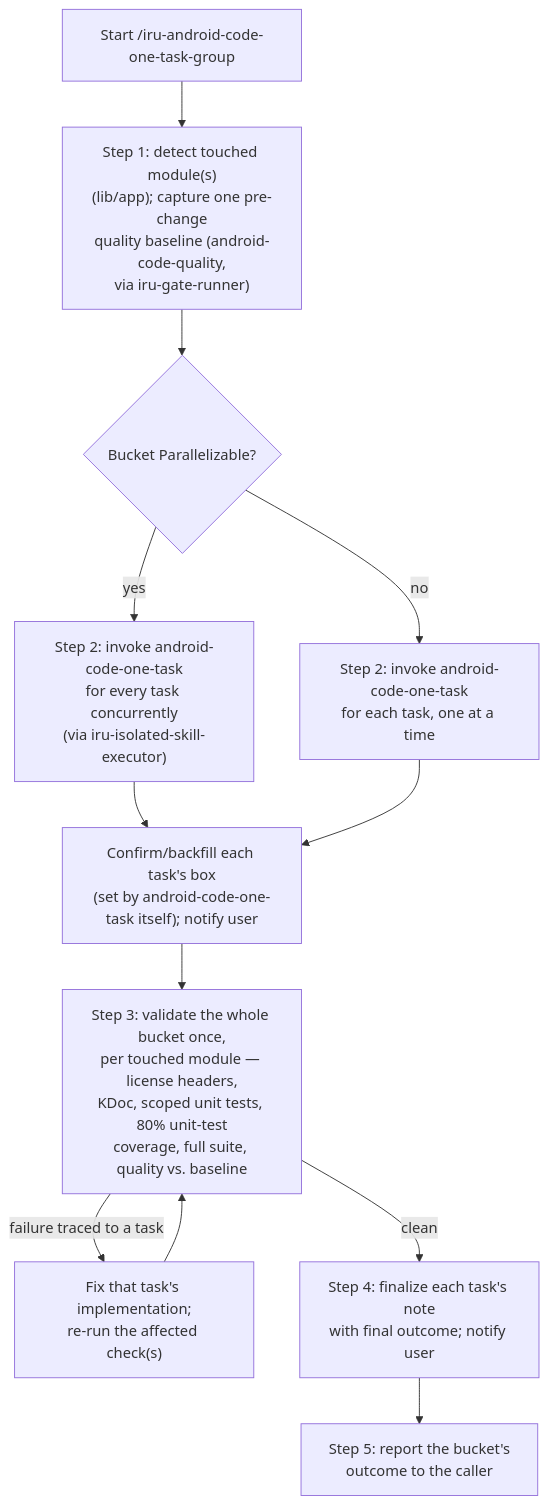
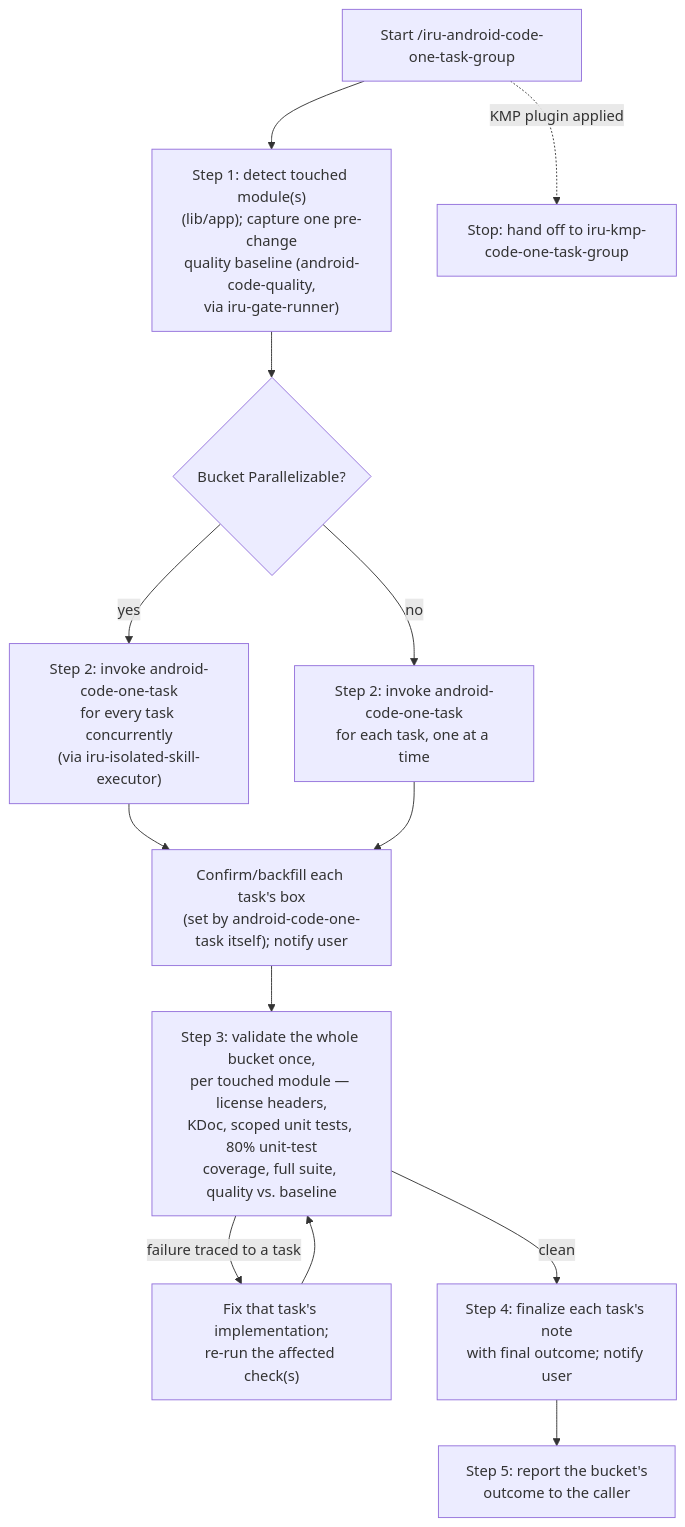
Before and after one commit to albertoirurueta/ai-catalog: the diagram in docs/modules/ROOT/pages/skills/iru-android-code-one-task-group.adoc, drawn with Mermaid. The commit also changed other lines of this file and 138 other files, not shown here.

```diff
--- a/docs/modules/ROOT/pages/skills/iru-android-code-one-task-group.adoc
+++ b/docs/modules/ROOT/pages/skills/iru-android-code-one-task-group.adoc
@@ -76,15 +78,16 @@
 [mermaid]
 ....
 flowchart TD
     A[Start /iru-android-code-one-task-group] --> B["Step 1: detect touched module(s)\n(lib/app); capture one pre-change\nquality baseline (android-code-quality,\nvia iru-gate-runner)"]
+    A -. "KMP plugin applied" .-> KMP["Stop: hand off to iru-kmp-code-one-task-group"]
     B --> C{Bucket Parallelizable?}
     C -- yes --> D["Step 2: invoke android-code-one-task\nfor every task concurrently\n(via iru-isolated-skill-executor)"]
     C -- no --> E["Step 2: invoke android-code-one-task\nfor each task, one at a time"]
     D --> F["Confirm/backfill each task's box\n(set by android-code-one-task itself); notify user"]
     E --> F
     F --> G["Step 3: validate the whole bucket once,\nper touched module — license headers,\nKDoc, scoped unit tests, 80% unit-test\ncoverage, full suite, quality vs. baseline"]
     G -- failure traced to a task --> H["Fix that task's implementation;\nre-run the affected check(s)"]
     H --> G
     G -- clean --> I["Step 4: finalize each task's note\nwith final outcome; notify user"]
     I --> J["Step 5: report the bucket's\noutcome to the caller"]
 ....
```
